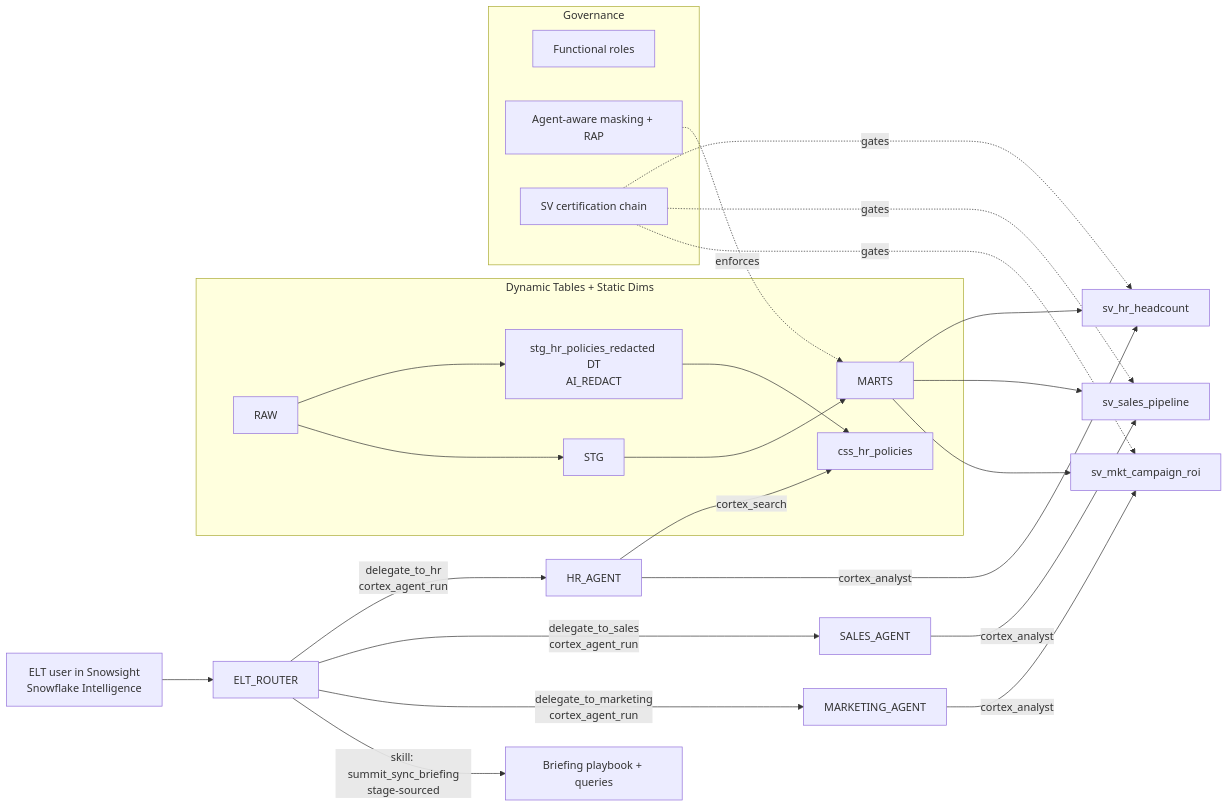
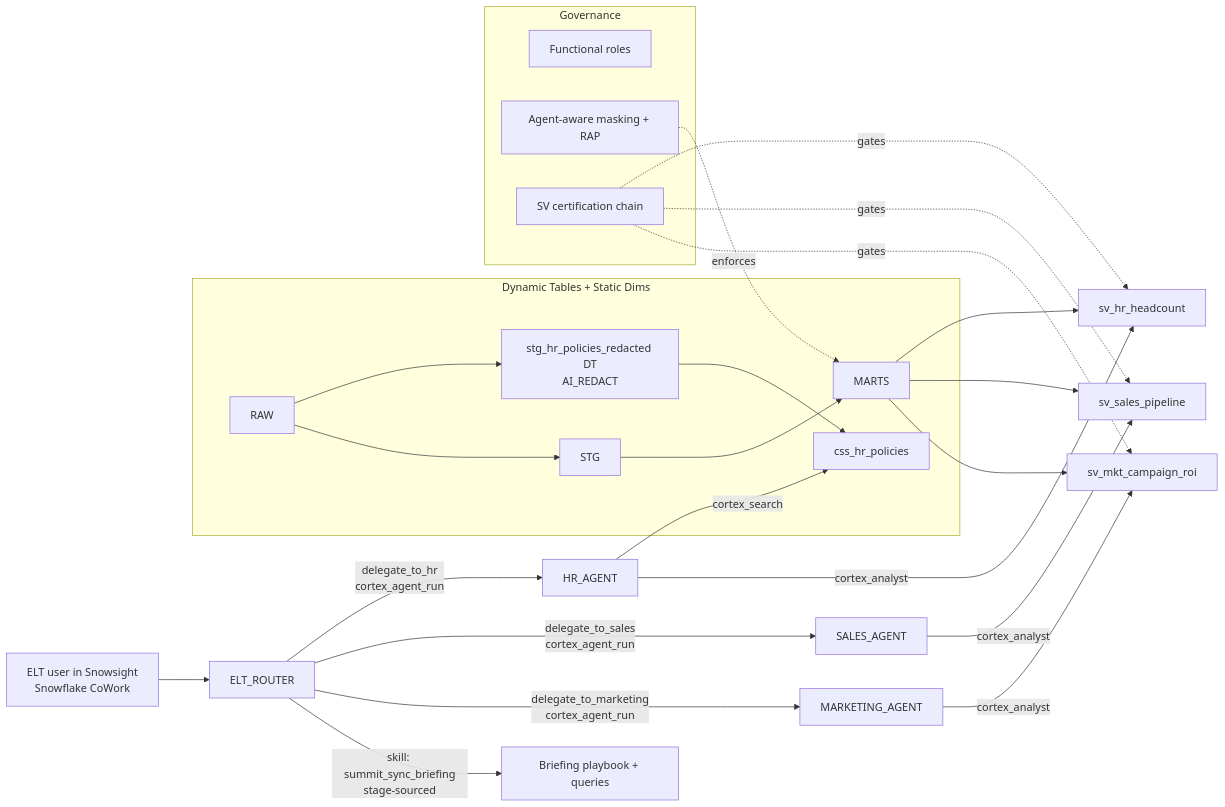
The first of 4 diagrams in assets/build_plan.md (sfc-gh-tpetrache/multi-agent-elt-demo), drawn with Mermaid before and after one commit. The commit also changed other lines of this file and 1 other file, not shown here.

````diff
--- a/assets/build_plan.md
+++ b/assets/build_plan.md
@@ -23,28 +23,28 @@
 ```mermaid
 flowchart LR
-  user[ELT user in Snowsight<br>Snowflake Intelligence] --> router[ELT_ROUTER]
+  user[ELT user in Snowsight<br>Snowflake CoWork] --> router[ELT_ROUTER]
   router -- skill: summit_sync_briefing<br>stage-sourced --> skill[Briefing playbook + queries]
   router -- delegate_to_marketing<br>cortex_agent_run --> mkt[MARKETING_AGENT]
   router -- delegate_to_sales<br>cortex_agent_run --> sales[SALES_AGENT]
   router -- delegate_to_hr<br>cortex_agent_run --> hr[HR_AGENT]
   mkt -- cortex_analyst --> svM[sv_mkt_campaign_roi]
   sales -- cortex_analyst --> svS[sv_sales_pipeline]
   hr -- cortex_analyst --> svH[sv_hr_headcount]
   hr -- cortex_search --> css[css_hr_policies]
   subgraph data [Dynamic Tables + Static Dims]
     raw[RAW] --> stg[STG] --> marts[MARTS]
     raw --> redact["stg_hr_policies_redacted DT<br>AI_REDACT"] --> css
   end
   marts --> svM
   marts --> svS
   marts --> svH
   subgraph governance [Governance]
     rbac[Functional roles]
     agentPolicy[Agent-aware masking + RAP]
     cert[SV certification chain]
   end
   agentPolicy -. enforces .-> marts
   cert -. gates .-> svM
   cert -. gates .-> svS
   cert -. gates .-> svH
 ```
````
